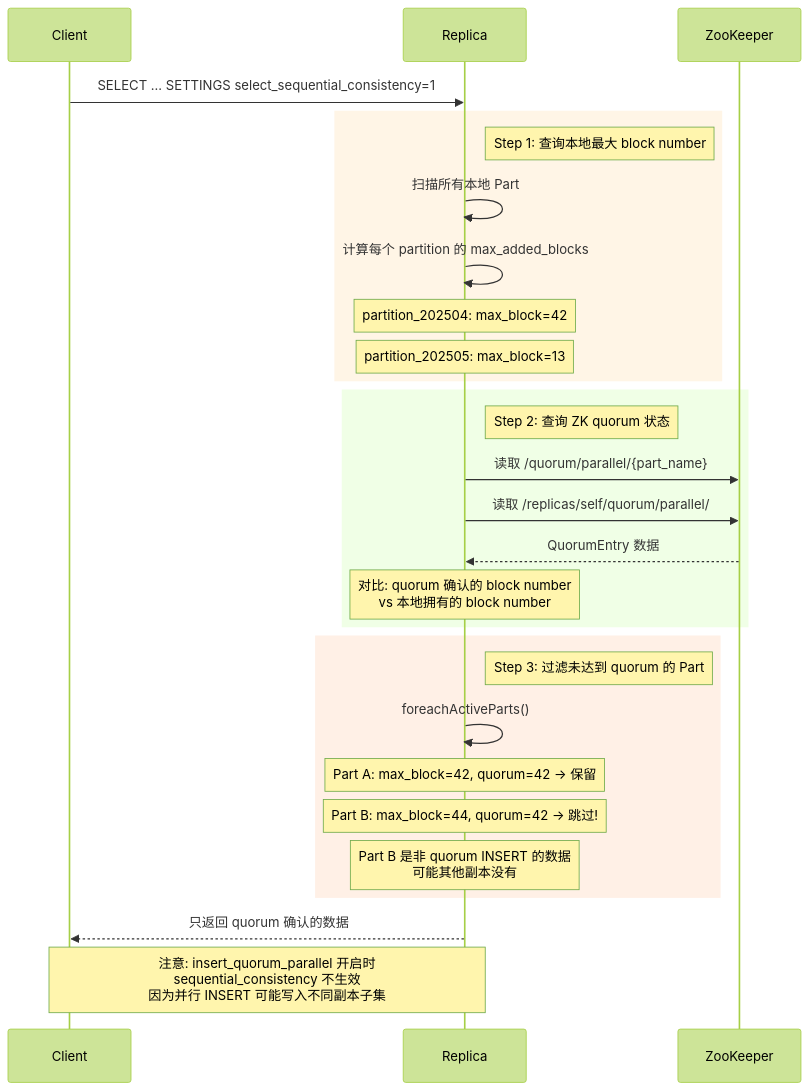
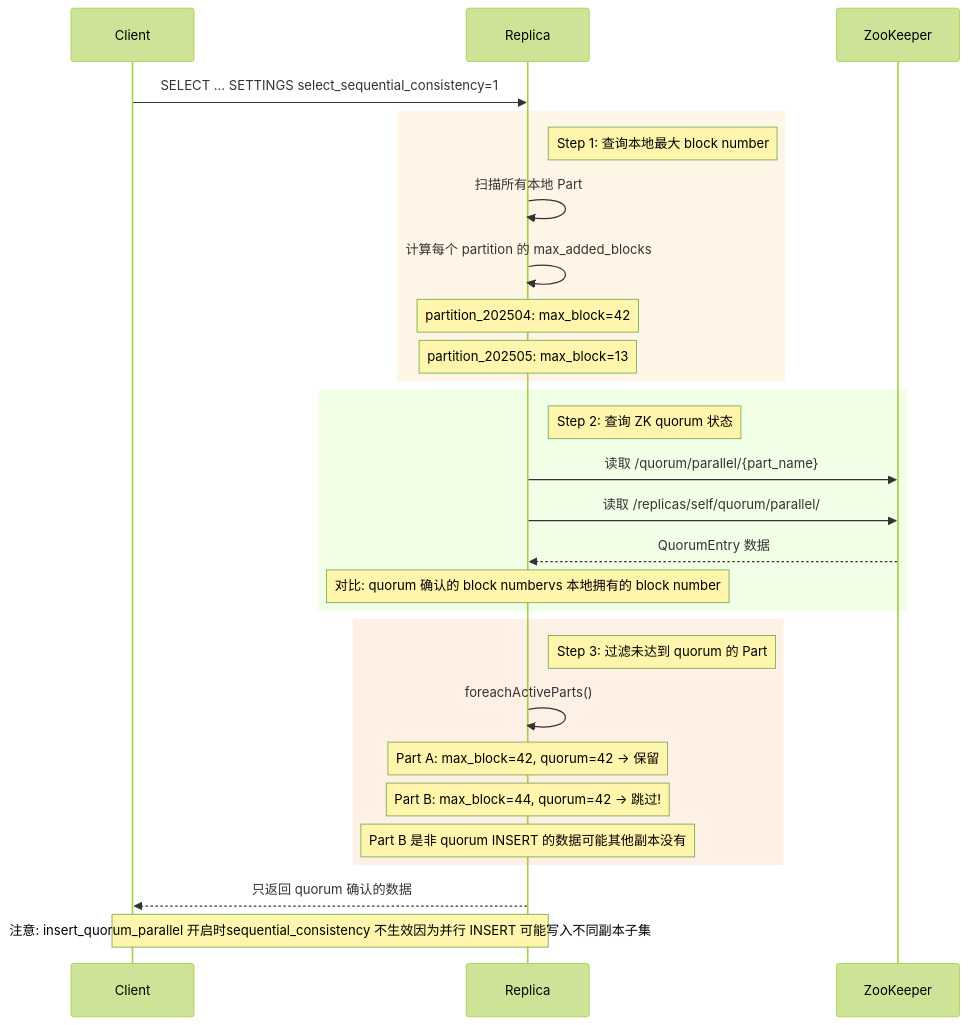
One commit to carlvinhust2012/MyStudy changed the sixth of 14 diagrams in Database/ClickHouse/clickhouse的一致性分析.md. Above: the diagram before and after it, drawn with Mermaid (forest theme). The commit also changed other lines of this file, not shown here.

Commit message:
update the clickhouse consistency

````diff
--- a/Database/ClickHouse/clickhouse的一致性分析.md
+++ b/Database/ClickHouse/clickhouse的一致性分析.md
@@ -250,36 +250,36 @@
 ```mermaid
 sequenceDiagram
     participant C as Client
     participant R as Replica
     participant ZK as ZooKeeper
 
     C->>R: SELECT ... SETTINGS select_sequential_consistency=1
 
     rect rgb(255, 245, 230)
         Note right of R: Step 1: 查询本地最大 block number
         R->>R: 扫描所有本地 Part
         R->>R: 计算每个 partition 的 max_added_blocks
         Note over R: partition_202504: max_block=42
         Note over R: partition_202505: max_block=13
     end
 
     rect rgb(240, 255, 230)
         Note right of R: Step 2: 查询 ZK quorum 状态
         R->>ZK: 读取 /quorum/parallel/{part_name}
         R->>ZK: 读取 /replicas/self/quorum/parallel/
         ZK-->>R: QuorumEntry 数据
-        Note over R: 对比: quorum 确认的 block number<br/>vs 本地拥有的 block number
+        Note over R: 对比: quorum 确认的 block numbervs 本地拥有的 block number
     end
 
     rect rgb(255, 240, 230)
         Note right of R: Step 3: 过滤未达到 quorum 的 Part
         R->>R: foreachActiveParts()
         Note over R: Part A: max_block=42, quorum=42 → 保留
         Note over R: Part B: max_block=44, quorum=42 → 跳过!
-        Note over R: Part B 是非 quorum INSERT 的数据<br/>可能其他副本没有
+        Note over R: Part B 是非 quorum INSERT 的数据可能其他副本没有
     end
 
     R-->>C: 只返回 quorum 确认的数据
 
-    Note over R,C: 注意: insert_quorum_parallel 开启时<br/>sequential_consistency 不生效<br/>因为并行 INSERT 可能写入不同副本子集
+    Note over R,C: 注意: insert_quorum_parallel 开启时sequential_consistency 不生效因为并行 INSERT 可能写入不同副本子集
 ```
````
